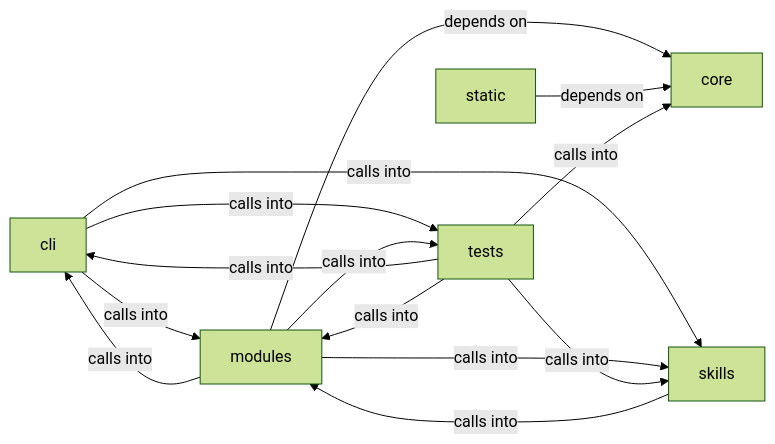
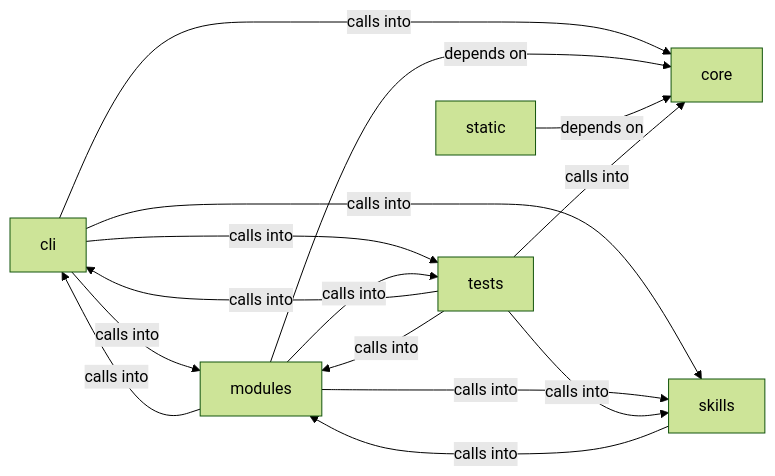
The diagram in readmenator-diagrams/modules_lazyown_facts.md (grisuno/LazyOwn), drawn with Mermaid (forest theme) before and after one commit. The commit also changed other lines of this file and 226 other files, not shown here.

````diff
--- a/readmenator-diagrams/modules_lazyown_facts.md
+++ b/readmenator-diagrams/modules_lazyown_facts.md
@@ -5,22 +5,23 @@
 ```mermaid
 graph LR
     cli["cli"]
     core["core"]
     modules["modules"]
     skills["skills"]
     static["static"]
     tests["tests"]
+    cli -- "calls into" --> core
     cli -- "calls into" --> modules
     cli -- "calls into" --> skills
     cli -- "calls into" --> tests
     modules -- "calls into" --> cli
     modules -- "depends on" --> core
     modules -- "calls into" --> skills
     modules -- "calls into" --> tests
     skills -- "calls into" --> modules
     static -- "depends on" --> core
     tests -- "calls into" --> cli
     tests -- "calls into" --> core
     tests -- "calls into" --> modules
     tests -- "calls into" --> skills
 ```
````
